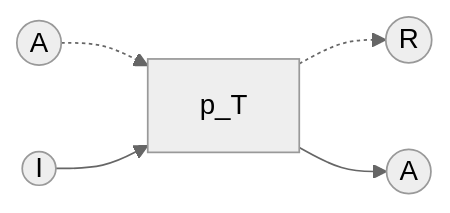
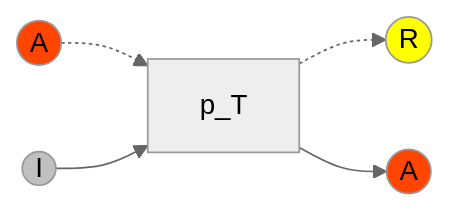
The second of 2 diagrams in README.md (rikitoro/shimmering), drawn with Mermaid (neutral theme) before and after one commit. The commit also changed other lines of this file and 1 other file, not shown here.

````diff
--- a/README.md
+++ b/README.md
@@ -23,13 +27,18 @@
 ```mermaid
 flowchart LR
   A1(("A"))
   R1(("R"))
   I2(("I"))
   A2(("A"))
   int["p_T"]
 
   A1 -.-> int
   int -.-> R1
   I2 --> int
   int --> A2
+
+  style A1 fill:#ff4500
+  style R1 fill:#ffff00
+  style I2 fill:#C0C0C0
+  style A2 fill:#ff4500
 ```
````
